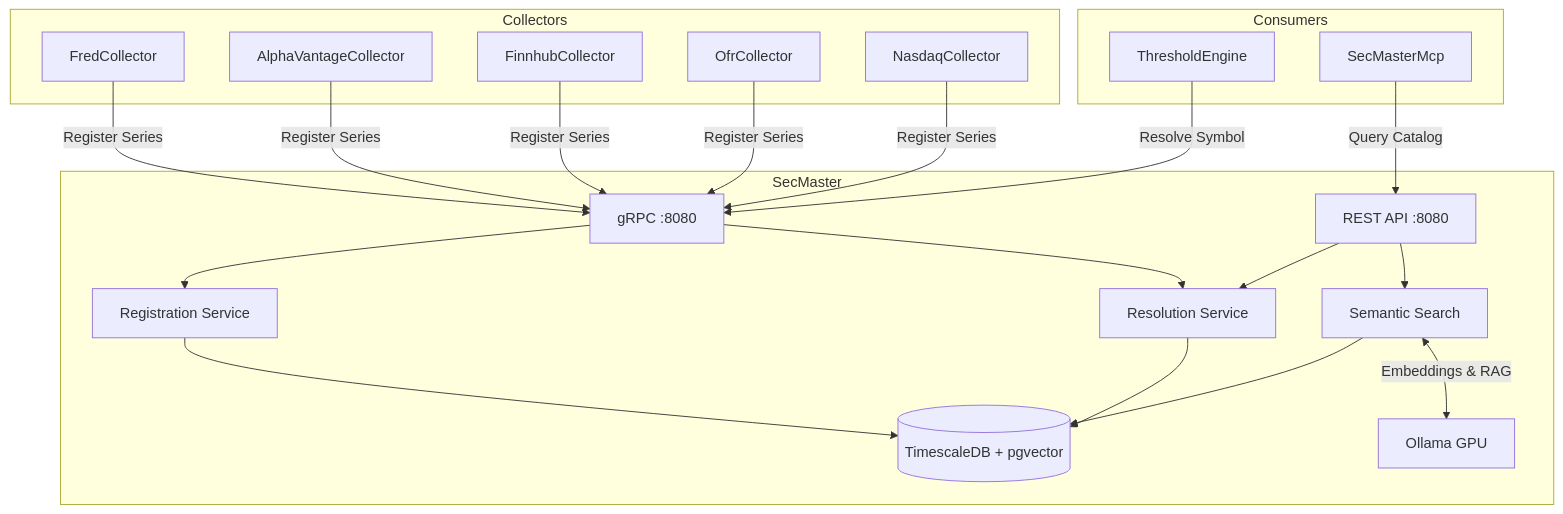
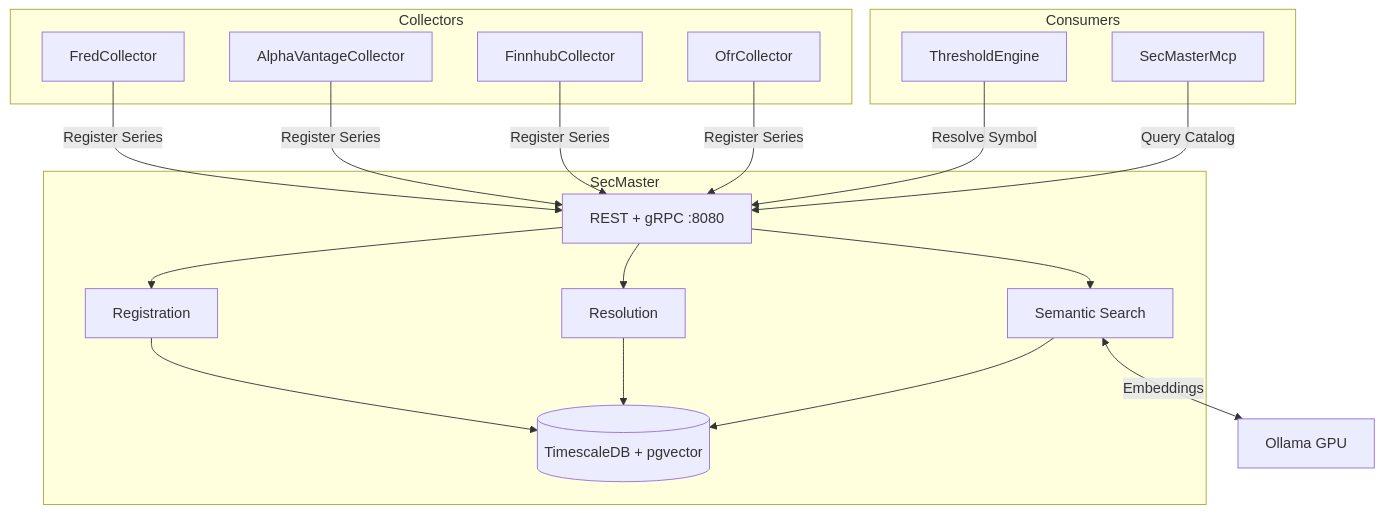
Before and after one commit to jpansarasa/ATLAS-Docs: the diagram in SecMaster/README.md, drawn with Mermaid. The commit also changed other lines of this file and 28 other files, not shown here.

````diff
--- a/SecMaster/README.md
+++ b/SecMaster/README.md
@@ -11,37 +11,29 @@
 ```mermaid
 flowchart TD
     subgraph Collectors
         FC[FredCollector]
         AV[AlphaVantageCollector]
         FH[FinnhubCollector]
         OFR[OfrCollector]
-        NC[NasdaqCollector]
     end
 
     subgraph SecMaster
-        GRPC[gRPC :8080]
-        REST[REST API :8080]
-        REG[Registration Service]
-        RES[Resolution Service]
+        API[REST + gRPC :8080]
+        REG[Registration]
+        RES[Resolution]
         SEM[Semantic Search]
         DB[(TimescaleDB + pgvector)]
-        OLLAMA[Ollama GPU]
     end
 
     subgraph Consumers
         TE[ThresholdEngine]
         MCP[SecMasterMcp]
     end
 
-    FC & AV & FH & OFR & NC -->|Register Series| GRPC
-    GRPC --> REG
-    REG --> DB
-
-    TE -->|Resolve Symbol| GRPC
-    MCP -->|Query Catalog| REST
-
-    GRPC & REST --> RES
-    REST --> SEM
-    RES & SEM --> DB
-    SEM <-->|Embeddings & RAG| OLLAMA
+    FC & AV & FH & OFR -->|Register Series| API
+    API --> REG --> DB
+    TE -->|Resolve Symbol| API
+    MCP -->|Query Catalog| API
+    API --> RES & SEM --> DB
+    SEM <-->|Embeddings| OLLAMA[Ollama GPU]
 ```
````
